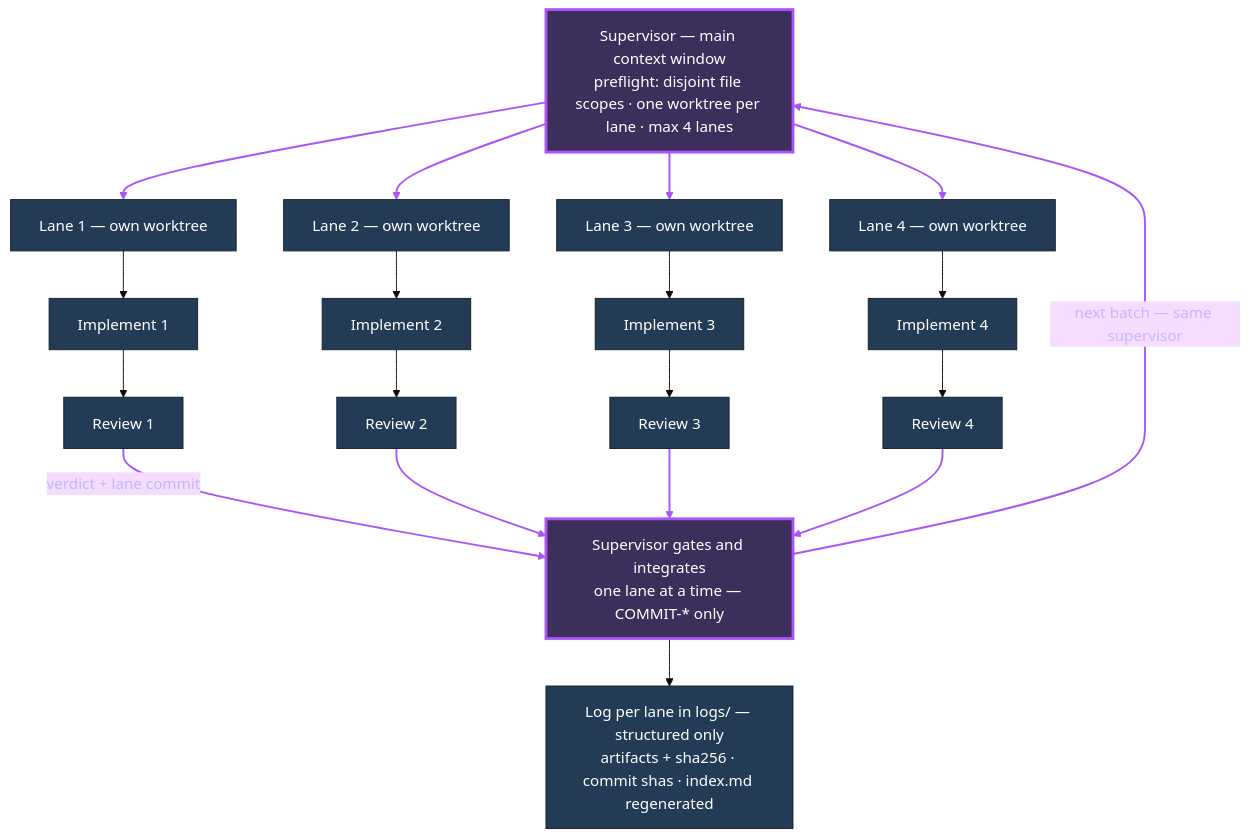
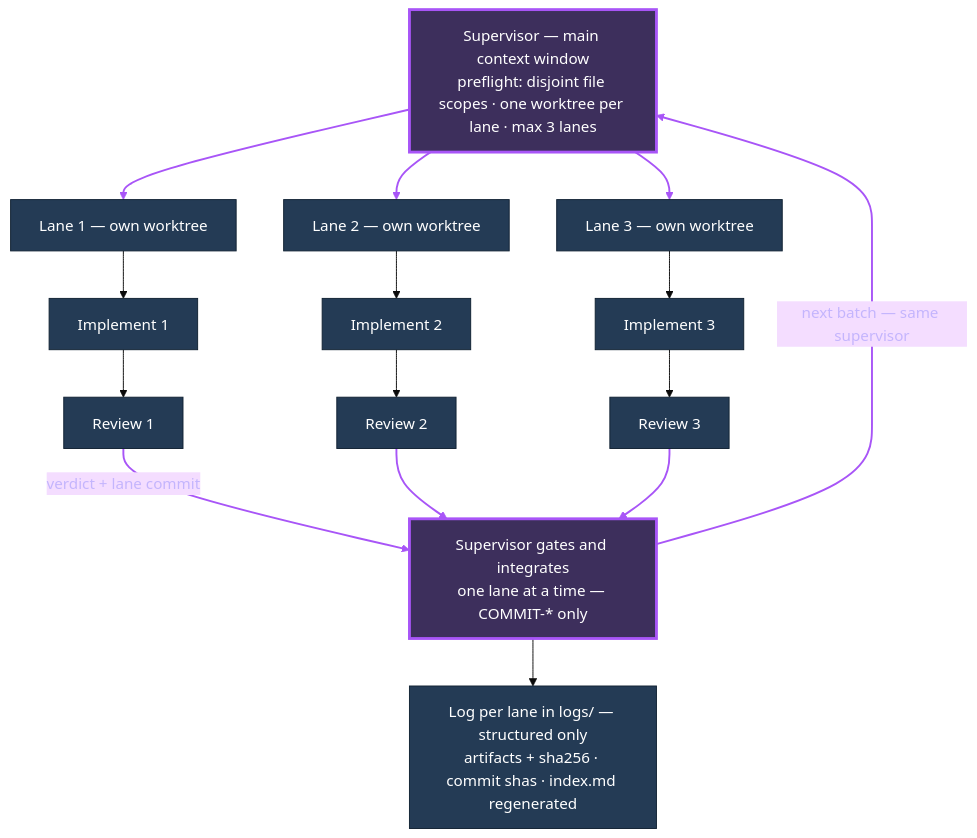
The third of 7 diagrams in pi/.pi/agent/skills/simulation-improvement-loop/references/flow.md (vaaldy/dotfiles), drawn with Mermaid (base theme) before and after one commit. The commit also changed other lines of this file and 2 other files, not shown here.

````diff
--- a/pi/.pi/agent/skills/simulation-improvement-loop/references/flow.md
+++ b/pi/.pi/agent/skills/simulation-improvement-loop/references/flow.md
@@ -133,32 +136,28 @@
 ```mermaid
 flowchart TD
-    S["Supervisor — main context window<br/>preflight: disjoint file scopes · one worktree per lane · max 4 lanes"]
+    S["Supervisor — main context window<br/>preflight: disjoint file scopes · one worktree per lane · max 3 lanes"]
 
     S --> L1["Lane 1 — own worktree"]
     S --> L2["Lane 2 — own worktree"]
     S --> L3["Lane 3 — own worktree"]
-    S --> L4["Lane 4 — own worktree"]
 
     L1 --> I1["Implement 1"]
     L2 --> I2["Implement 2"]
     L3 --> I3["Implement 3"]
-    L4 --> I4["Implement 4"]
     I1 --> R1["Review 1"]
     I2 --> R2["Review 2"]
     I3 --> R3["Review 3"]
-    I4 --> R4["Review 4"]
 
     R1 -->|"verdict + lane commit"| G["Supervisor gates and integrates<br/>one lane at a time — COMMIT-* only"]
     R2 --> G
     R3 --> G
-    R4 --> G
     G -->|"next batch — same supervisor"| S
     G --> LG["Log per lane in logs/ — structured only<br/>artifacts + sha256 · commit shas · index.md regenerated"]
 
     classDef supervisor fill:#3d2f5c,stroke:#a855f7,stroke-width:3px,color:#fff
     classDef neutral fill:#243b55,stroke:#123,color:#fff
     class S,G supervisor
-    class L1,L2,L3,L4,I1,I2,I3,I4,R1,R2,R3,R4,LG neutral
+    class L1,L2,L3,I1,I2,I3,R1,R2,R3,LG neutral
     %% Purple edges: lane dispatch, verdict return, next-batch loop-back to the same supervisor.
-    linkStyle 0,1,2,3,12,13,14,15,16 stroke:#a855f7,stroke-width:2px,color:#c4b5fd
+    linkStyle 0,1,2,9,10,11,12 stroke:#a855f7,stroke-width:2px,color:#c4b5fd
 ```
````
